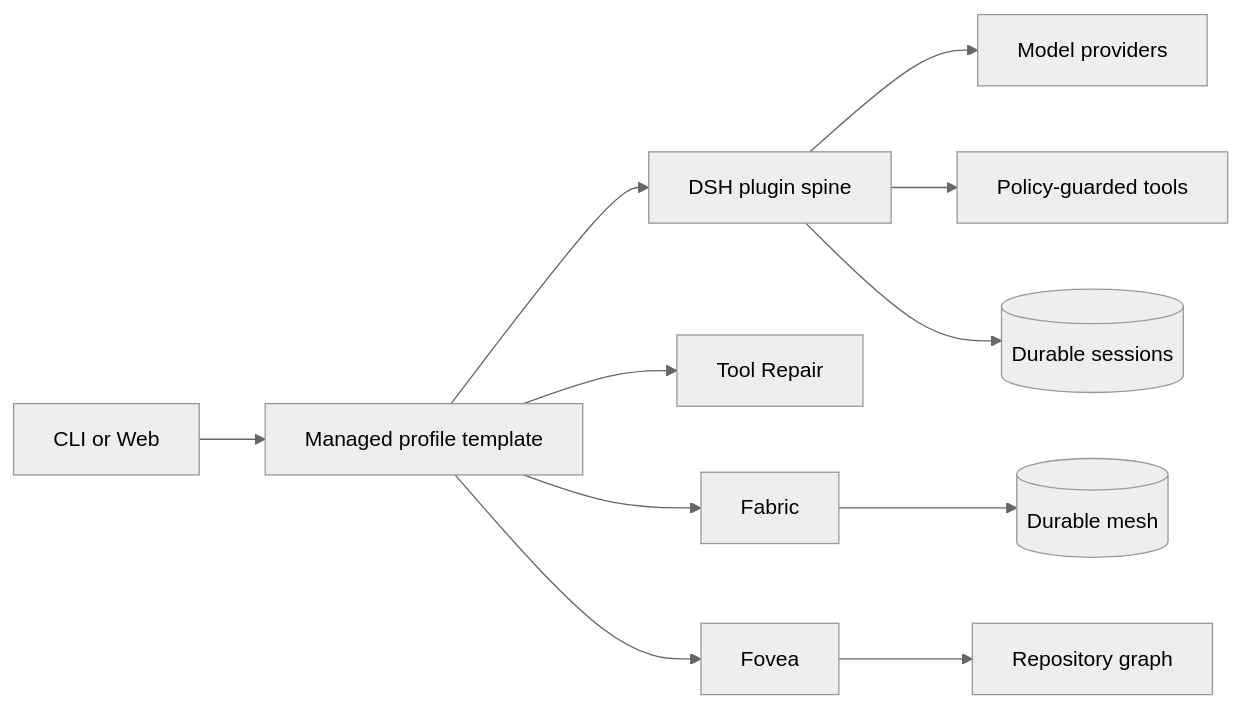
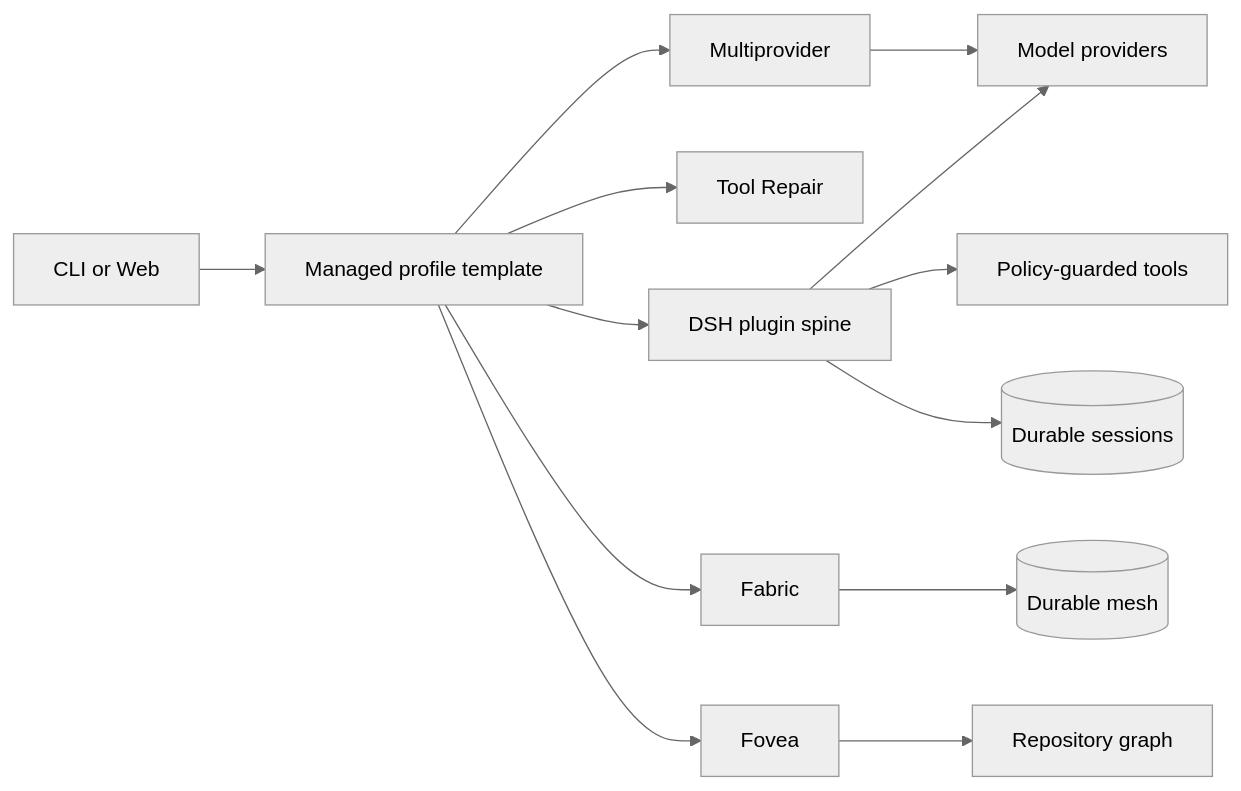
Before and after one commit to monotykamary/deepseek-harness: the diagram in README.md, drawn with Mermaid (neutral theme). The commit also changed other lines of this file and 28 other files, not shown here.

````diff
--- a/README.md
+++ b/README.md
@@ -39,13 +40,15 @@
 ```mermaid
 flowchart LR
   User[CLI or Web] --> Profile[Managed profile template]
   Profile --> Core[DSH plugin spine]
   Profile --> Repair[Tool Repair]
+  Profile --> Accounts[Multiprovider]
   Profile --> Fabric[Fabric]
   Profile --> Fovea[Fovea]
-  Core --> Model[Model providers]
+  Accounts --> Model[Model providers]
+  Core --> Model
   Core --> Tools[Policy-guarded tools]
   Core --> Sessions[(Durable sessions)]
   Fabric --> Mesh[(Durable mesh)]
   Fovea --> Repo[Repository graph]
 ```
````
